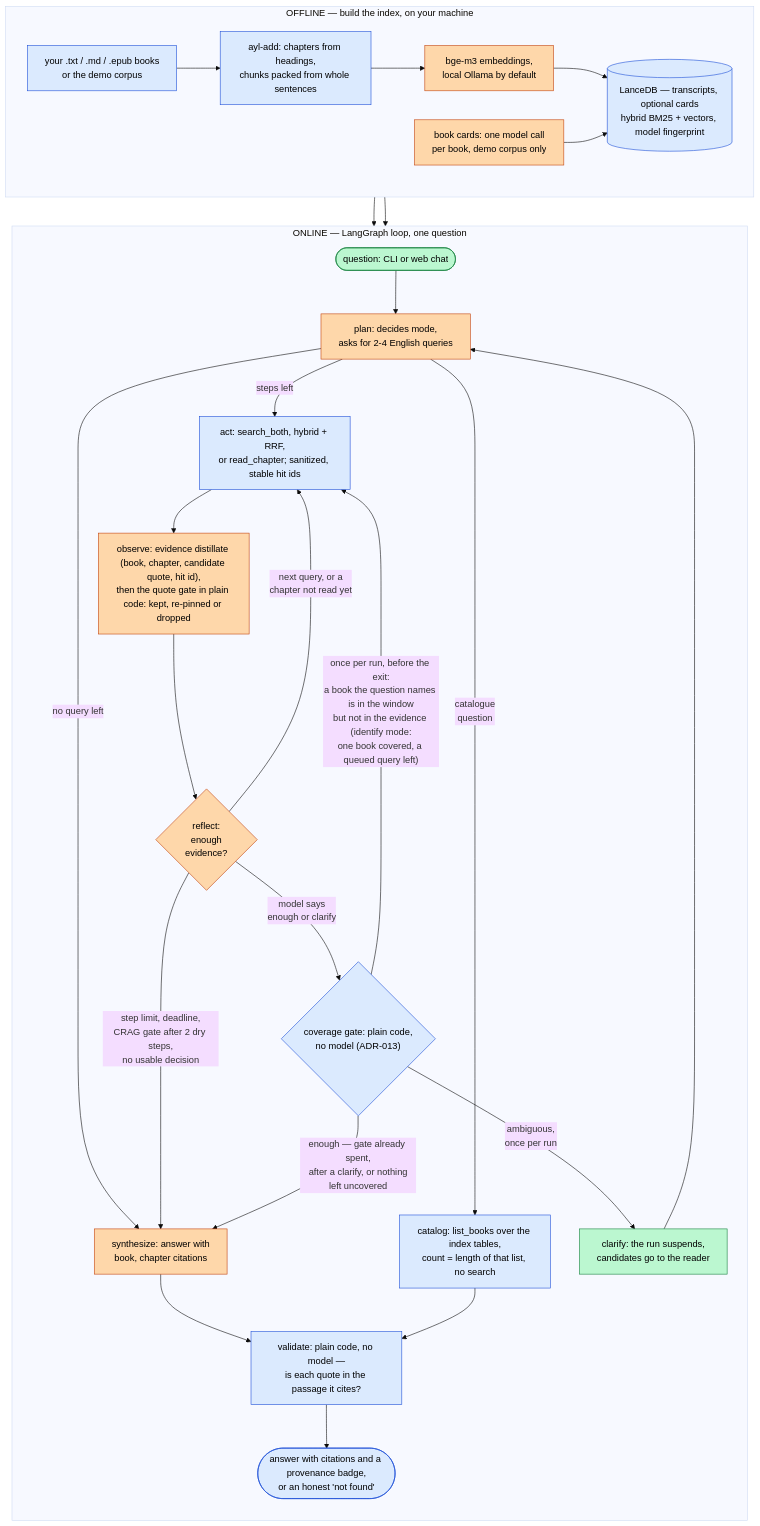
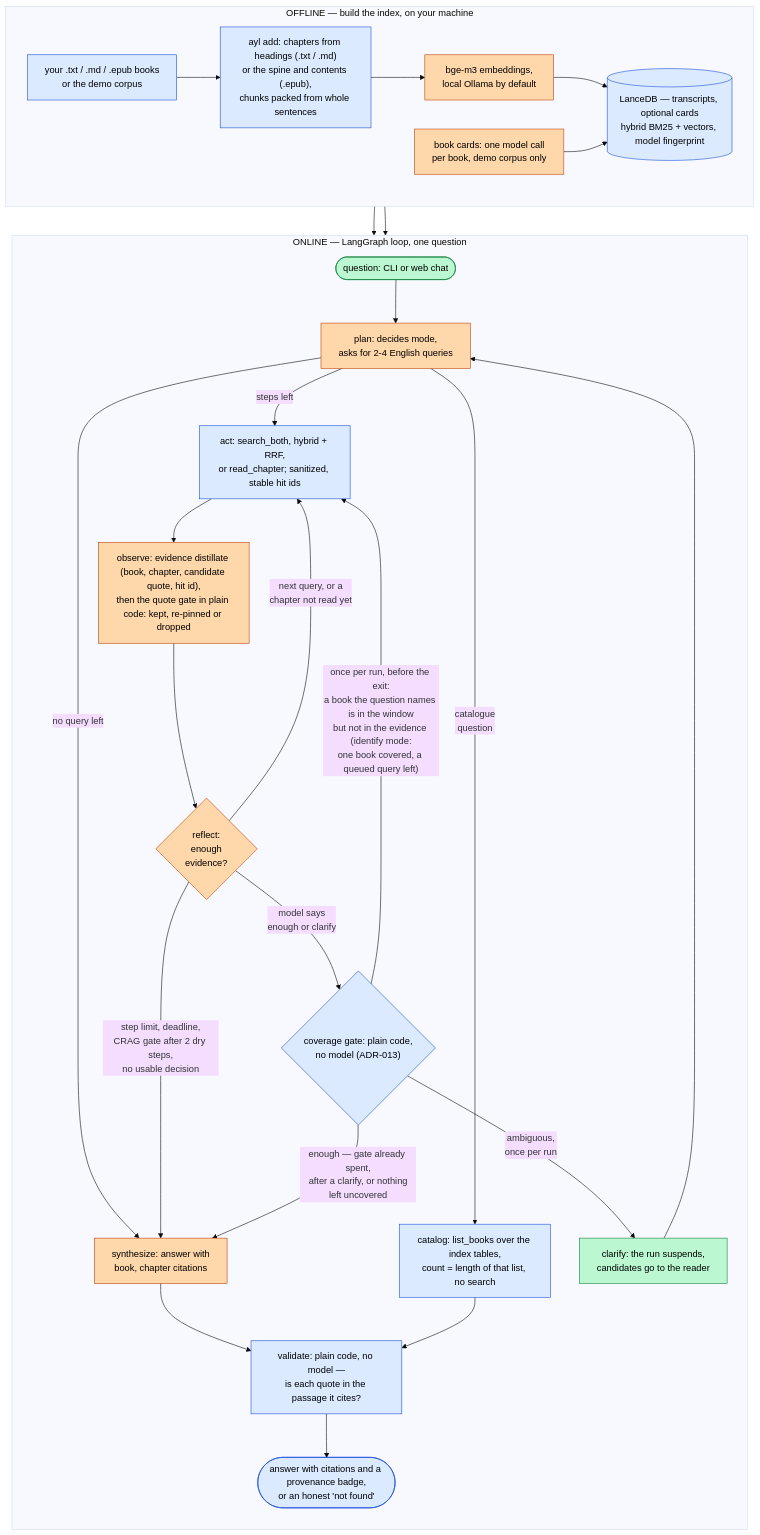
One commit to ievgen-borysenko/ask-your-library changed the first of 2 diagrams in docs/architecture.md. Above: the diagram before and after it, drawn with Mermaid (base theme). The commit also changed 1 other file, not shown here.

Commit message:
G3-architecture-diagram: EPUB chapters come from the spine and the contents
The diagram's ingest node said every chapter of ayl add comes from
headings; an EPUB's come from its spine and table of contents. The
add-your-own-books page also says the file count is checked before the
archive is opened, names the 16 MiB directory cap, and that nothing
inside an unpacked EPUB folder is read.

````diff
--- a/docs/architecture.md
+++ b/docs/architecture.md
@@ -11,36 +11,36 @@
 ```mermaid
 flowchart TB
     subgraph offline["OFFLINE — build the index, on your machine"]
         direction LR
         BK["your .txt / .md / .epub books<br/>or the demo corpus"]:::code
         CRD["book cards: one model call<br/>per book, demo corpus only"]:::ai
-        BK --> CHK["ayl-add: chapters from headings,<br/>chunks packed from whole sentences"]:::code
+        BK --> CHK["ayl add: chapters from headings (.txt / .md)<br/>or the spine and contents (.epub),<br/>chunks packed from whole sentences"]:::code
         CHK --> EMB["bge-m3 embeddings,<br/>local Ollama by default"]:::ai
         EMB --> DB[("LanceDB — transcripts, optional cards<br/>hybrid BM25 + vectors, model fingerprint")]:::code
         CRD --> DB
     end
     subgraph online["ONLINE — LangGraph loop, one question"]
         direction TB
         Q(["question: CLI or web chat"]):::human --> PLAN["plan: decides mode,<br/>asks for 2-4 English queries"]:::ai
         PLAN -->|"catalogue<br/>question"| CAT["catalog: list_books over the index tables,<br/>count = length of that list, no search"]:::code
         PLAN -->|"steps left"| ACT["act: search_both, hybrid + RRF,<br/>or read_chapter; sanitized, stable hit ids"]:::code
         PLAN -->|"no query left"| SYN
         ACT --> OBS["observe: evidence distillate (book, chapter, candidate quote, hit id),<br/>then the quote gate in plain code: kept, re-pinned or dropped"]:::ai
         OBS --> REF{"reflect:<br/>enough<br/>evidence?"}:::ai
         REF -->|"next query, or a<br/>chapter not read yet"| ACT
         REF -->|"step limit, deadline,<br/>CRAG gate after 2 dry steps,<br/>no usable decision"| SYN["synthesize: answer with<br/>book, chapter citations"]:::ai
         REF -->|"model says<br/>enough or clarify"| COV{"coverage gate: plain code,<br/>no model (ADR-013)"}:::code
         COV -->|"once per run, before the exit:<br/>a book the question names is in the window<br/>but not in the evidence (identify mode:<br/>one book covered, a queued query left)"| ACT
         COV -->|"ambiguous,<br/>once per run"| CLR["clarify: the run suspends,<br/>candidates go to the reader"]:::human
         CLR --> PLAN
         COV -->|"enough — gate already spent,<br/>after a clarify, or nothing<br/>left uncovered"| SYN
         SYN --> VAL["validate: plain code, no model —<br/>is each quote in the passage it cites?"]:::code
         CAT --> VAL
         VAL --> OUT(["answer with citations and a provenance badge,<br/>or an honest 'not found'"]):::code
     end
     DB --> ACT
     DB --> CAT
     classDef code fill:#dbeafe,stroke:#1d4ed8,color:#000
     classDef ai fill:#fed7aa,stroke:#c2410c,color:#000
     classDef human fill:#bbf7d0,stroke:#15803d,color:#000
 ```
````
